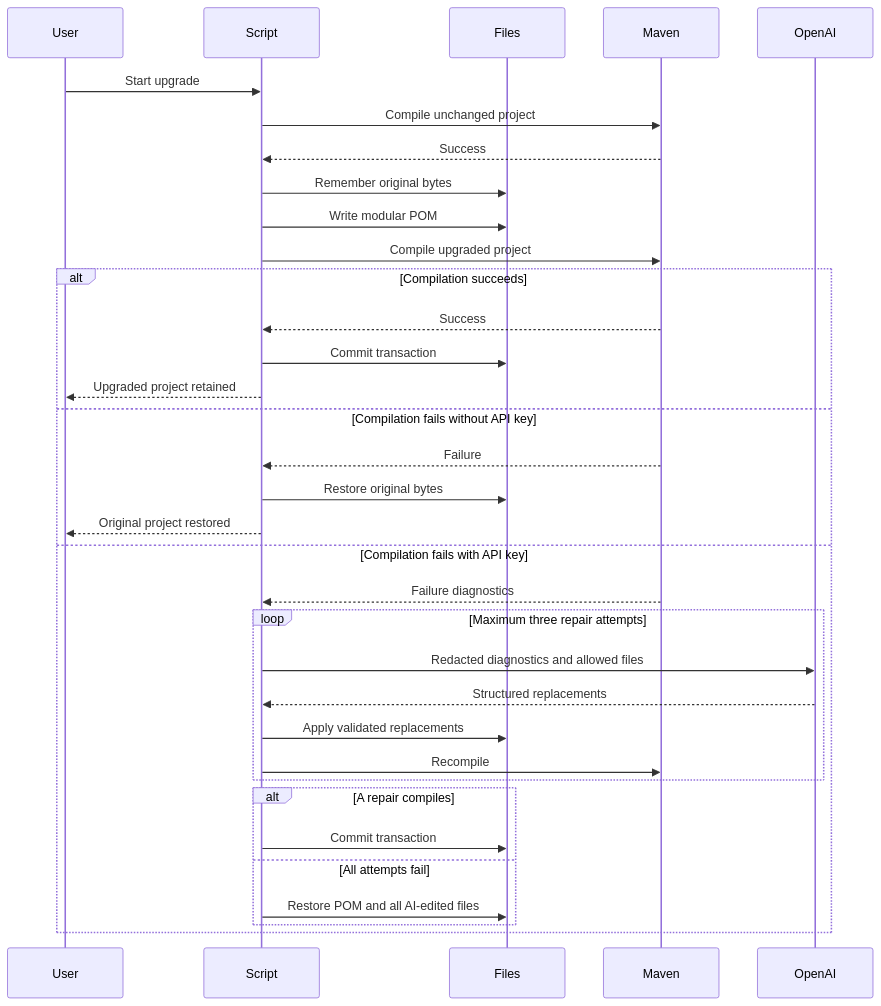
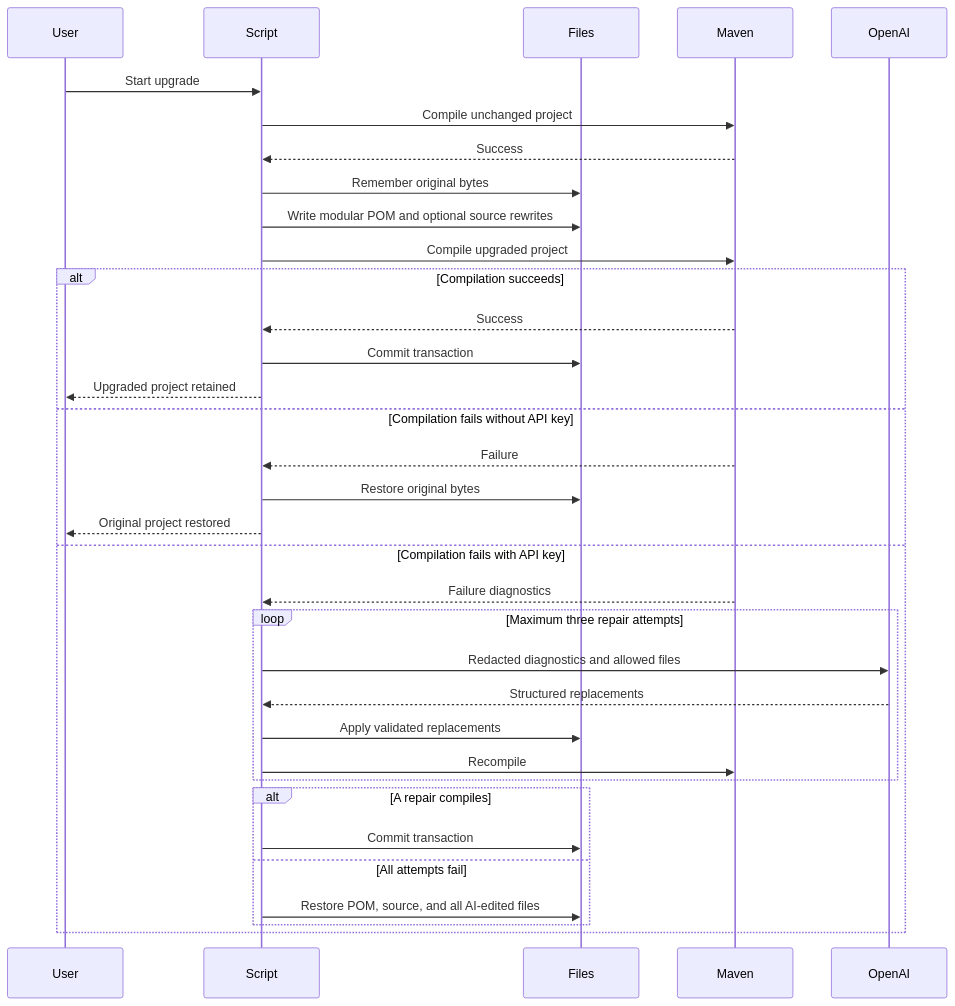
One commit to ShaftHQ/shafthq.github.io changed the third of 4 diagrams in docs/start/upgrade.mdx. Above: the diagram before and after it, drawn with Mermaid. The commit also changed other lines of this file, not shown here.

First line of the commit message:
Document modular upgrader coverage (#603)

````diff
--- a/docs/start/upgrade.mdx
+++ b/docs/start/upgrade.mdx
@@ -269,37 +336,37 @@
 ```mermaid
 sequenceDiagram
     participant User
     participant Script
     participant Files
     participant Maven
     participant OpenAI
 
     User->>Script: Start upgrade
     Script->>Maven: Compile unchanged project
     Maven-->>Script: Success
     Script->>Files: Remember original bytes
-    Script->>Files: Write modular POM
+    Script->>Files: Write modular POM and optional source rewrites
     Script->>Maven: Compile upgraded project
     alt Compilation succeeds
         Maven-->>Script: Success
         Script->>Files: Commit transaction
         Script-->>User: Upgraded project retained
     else Compilation fails without API key
         Maven-->>Script: Failure
         Script->>Files: Restore original bytes
         Script-->>User: Original project restored
     else Compilation fails with API key
         Maven-->>Script: Failure diagnostics
         loop Maximum three repair attempts
             Script->>OpenAI: Redacted diagnostics and allowed files
             OpenAI-->>Script: Structured replacements
             Script->>Files: Apply validated replacements
             Script->>Maven: Recompile
         end
         alt A repair compiles
             Script->>Files: Commit transaction
         else All attempts fail
-            Script->>Files: Restore POM and all AI-edited files
+            Script->>Files: Restore POM, source, and all AI-edited files
         end
     end
 ```
````
